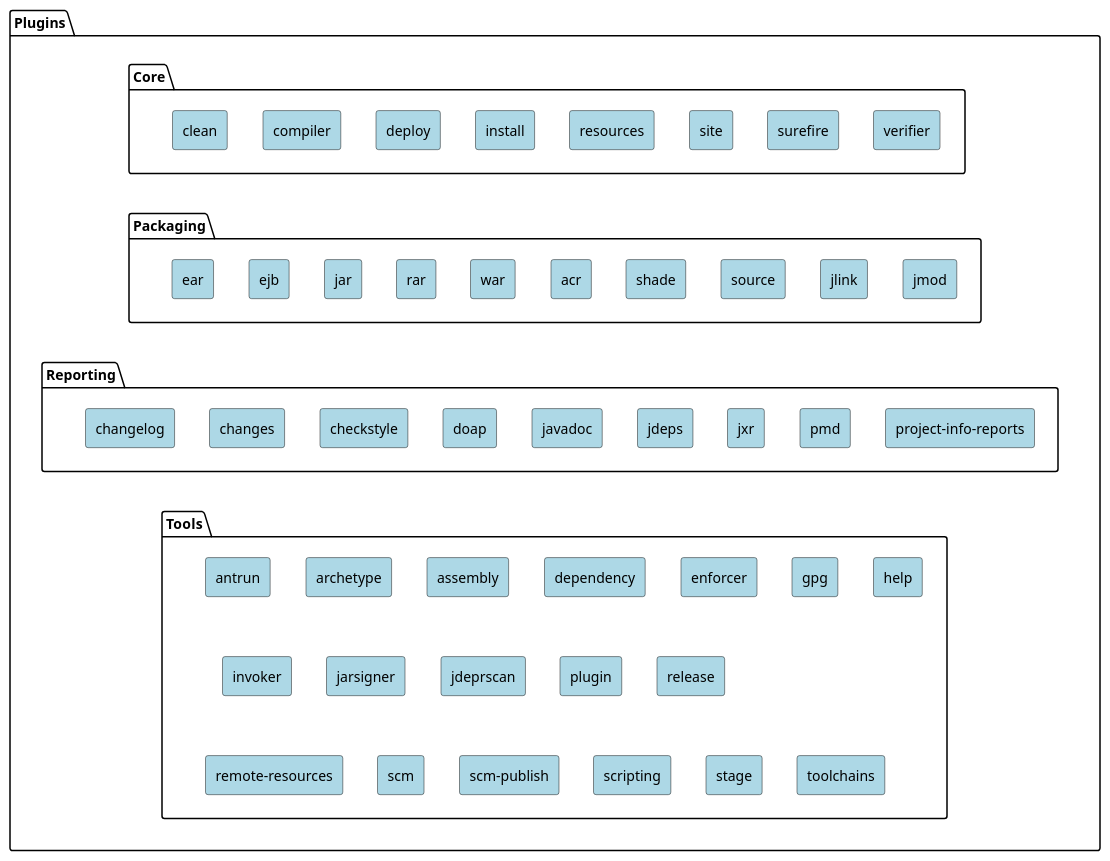
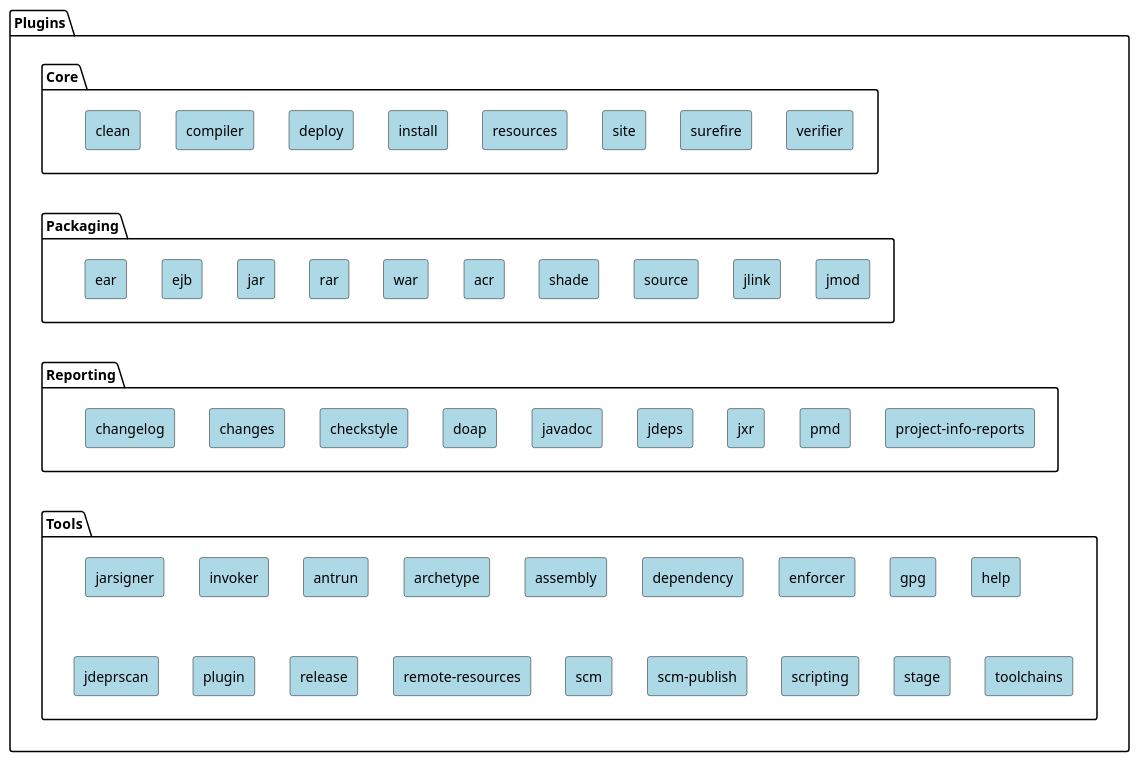
Before and after one commit to apache/maven-site: the diagram in src/plantuml/maven-sources/plugins.puml, drawn with PlantUML. The commit also changed 3 other files, not shown here.

Commit message:
shorten plantuml schema

```diff
--- a/src/plantuml/maven-sources/plugins.puml
+++ b/src/plantuml/maven-sources/plugins.puml
@@ -19,174 +19,171 @@
 @startuml
 
 <style>
     rectangle {
         BackgroundColor LightBlue
     }
 }
 </style>
 
 package Plugins {
 
   package Core {
     rectangle clean
     rectangle compiler
     rectangle deploy
     rectangle install
     rectangle resources
     rectangle site
     rectangle surefire
     rectangle verifier
   }
 
   package Packaging {
     rectangle ear
     rectangle ejb
     rectangle jar
     rectangle rar
     rectangle war
     rectangle acr
     rectangle shade
     rectangle source
     rectangle jlink
     rectangle jmod
   }
 
   package Reporting {
     rectangle changelog
     rectangle changes
     rectangle checkstyle
     rectangle doap
     rectangle javadoc
     rectangle jdeps
     rectangle jxr
     rectangle pmd
     rectangle "project-info-reports"
   }
 
   package Tools{
     rectangle antrun
     rectangle archetype
     rectangle assembly
     rectangle dependency
     rectangle enforcer
     rectangle gpg
     rectangle help
     rectangle invoker
     rectangle jarsigner
     rectangle jdeprscan
     rectangle plugin
     rectangle release
     rectangle "remote-resources"
     rectangle scm
     rectangle "scm-publish"
     rectangle scripting
     rectangle stage
     rectangle toolchains
   }
 }
 
 'hidden dependencies to change layout
 Core      -[hidden]down-> Packaging
 Packaging -[hidden]down-> Reporting
-Packaging -[hidden]down-> Tools
 Reporting -[hidden]down-> Tools
 
 clean     -[hidden]> compiler
 compiler  -[hidden]> deploy
 deploy    -[hidden]> install
 install   -[hidden]> resources
 resources -[hidden]> site
 site      -[hidden]> surefire
 surefire  -[hidden]> verifier
 
 ear       -[hidden]> ejb
 ejb       -[hidden]> jar
 jar       -[hidden]> rar
 rar       -[hidden]> war
 war       -[hidden]> acr
 acr       -[hidden]> shade
 shade     -[hidden]> source
 source    -[hidden]> jlink
 jlink     -[hidden]> jmod
 
 changelog -[hidden]> changes
 changes  -[hidden]> checkstyle
 checkstyle -[hidden]> doap
 doap -[hidden]> javadoc
 javadoc -[hidden]> jdeps
 jdeps -[hidden]> jxr
 jxr  -[hidden]> pmd
 pmd -[hidden]> "project-info-reports"
 
 antrun -[hidden]> archetype
 archetype -[hidden]> assembly
 assembly -[hidden]> dependency
 dependency -[hidden]> enforcer
 enforcer -[hidden]> gpg
 gpg -[hidden]> help
 
-antrun -[hidden]down->invoker
-invoker -[hidden]> jarsigner
-jarsigner -[hidden]> jdeprscan
+antrun -[hidden]down->jdeprscan
 jdeprscan -[hidden]> plugin
 plugin -[hidden]> release
-invoker -[hidden]down->"remote-resources"
+release -[hidden]>"remote-resources"
 "remote-resources" -[hidden]> scm
 scm -[hidden]> "scm-publish"
 "scm-publish" -[hidden]> scripting
 scripting -[hidden]> stage
 stage -[hidden]> toolchains
 
 
 
 url of clean is [[https://github.com/apache/maven-clean-plugin]]
 url of compiler is [[https://github.com/apache/maven-compiler-plugin]]
 url of deploy is [[https://github.com/apache/maven-deploy-plugin]]
 url of install is [[https://github.com/apache/maven-install-plugin]]
 url of resources is [[https://github.com/apache/maven-resources-plugin]]
 url of site is [[https://github.com/apache/maven-site-plugin]]
 url of surefire is [[https://github.com/apache/maven-surefire]]
 url of verifier is [[https://github.com/apache/maven-verifier-plugin]]
 
 url of ear is [[https://github.com/apache/maven-ear-plugin]]
 url of ejb is [[https://github.com/apache/maven-ejb-plugin]]
 url of jar is [[https://github.com/apache/maven-jar-plugin]]
 url of rar is [[https://github.com/apache/maven-rar-plugin]]
 url of war is [[https://github.com/apache/maven-war-plugin]]
 url of acr is [[https://github.com/apache/maven-acr-plugin]]
 url of shade is [[https://github.com/apache/maven-shade-plugin]]
 url of source is [[https://github.com/apache/maven-source-plugin]]
 url of jlink is [[https://github.com/apache/maven-jlink-plugin]]
 url of jmod is [[https://github.com/apache/maven-jmod-plugin]]
 
 url of changelog is [[https://github.com/apache/maven-changelog-plugin]]
 url of changes is [[https://github.com/apache/maven-changes-plugin]]
 url of checkstyle is [[https://github.com/apache/maven-checkstyle-plugin]]
 url of doap is [[https://github.com/apache/maven-doap-plugin]]
 url of javadoc is [[https://github.com/apache/maven-javadoc-plugin]]
 url of jdeps is [[https://github.com/apache/maven-jdeps-plugin]]
 url of jxr is [[https://github.com/apache/maven-jxr]]
 url of pmd is [[https://github.com/apache/maven-pmd-plugin]]
 url of "project-info-reports" is [[https://github.com/apache/maven-project-info-reports-plugin]]
 
 url of antrun is [[https://github.com/apache/maven-antrun-plugin]]
 url of archetype is [[https://github.com/apache/maven-archetype]]
 url of assembly is [[https://github.com/apache/maven-assembly-plugin]]
 url of dependency is [[https://github.com/apache/maven-dependency-plugin]]
 url of enforcer is [[https://github.com/apache/maven-enforcer]]
 url of gpg is [[https://github.com/apache/maven-gpg-plugin]]
 url of help is [[https://github.com/apache/maven-help-plugin]]
 url of invoker is [[https://github.com/apache/maven-invoker-plugin]]
 url of jarsigner is [[https://github.com/apache/maven-jarsigner-plugin]]
 url of jdeprscan is [[https://github.com/apache/maven-jdeprscan-plugin]]
 url of plugin is [[https://github.com/apache/maven-plugin-tools]]
 url of release is [[https://github.com/apache/maven-release]]
 url of "remote-resources" is [[https://github.com/apache/maven-remote-resources-plugin]]
 url of scm is [[https://github.com/apache/maven-scm]]
 url of "scm-publish" is [[https://github.com/apache/maven-scm-publish-plugin]]
 url of scripting is [[https://github.com/apache/maven-scripting-plugin]]
 url of stage is [[https://github.com/apache/maven-stage-plugin]]
 url of toolchains is [[https://github.com/apache/maven-toolchains-plugin]]
 
 
 @enduml
```
